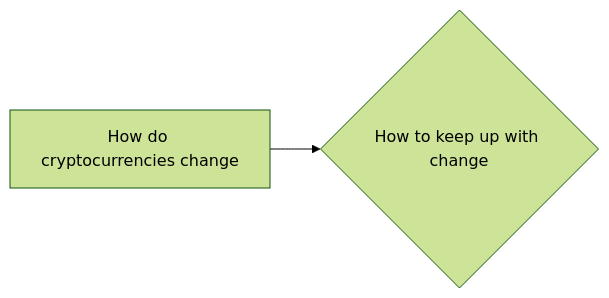
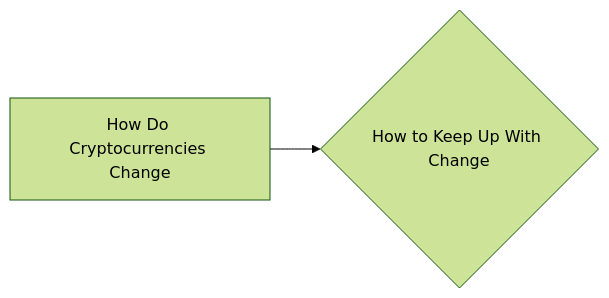
One commit to lpurdy01/crypto-knowledge-map changed the diagram in notes/How_to_Keep_Up_With_Change.md. Above: the diagram before and after it, drawn with Mermaid (forest theme). The commit also changed 50 other files, not shown here.

````diff
--- a/notes/How_to_Keep_Up_With_Change.md
+++ b/notes/How_to_Keep_Up_With_Change.md
@@ -6,4 +6,4 @@
 ```mermaid
 graph LR
-1["How do cryptocurrencies change"]-->0{"How to keep up with change"}
+1["How Do Cryptocurrencies Change"]-->0{"How to Keep Up With Change"}
 ```
````
